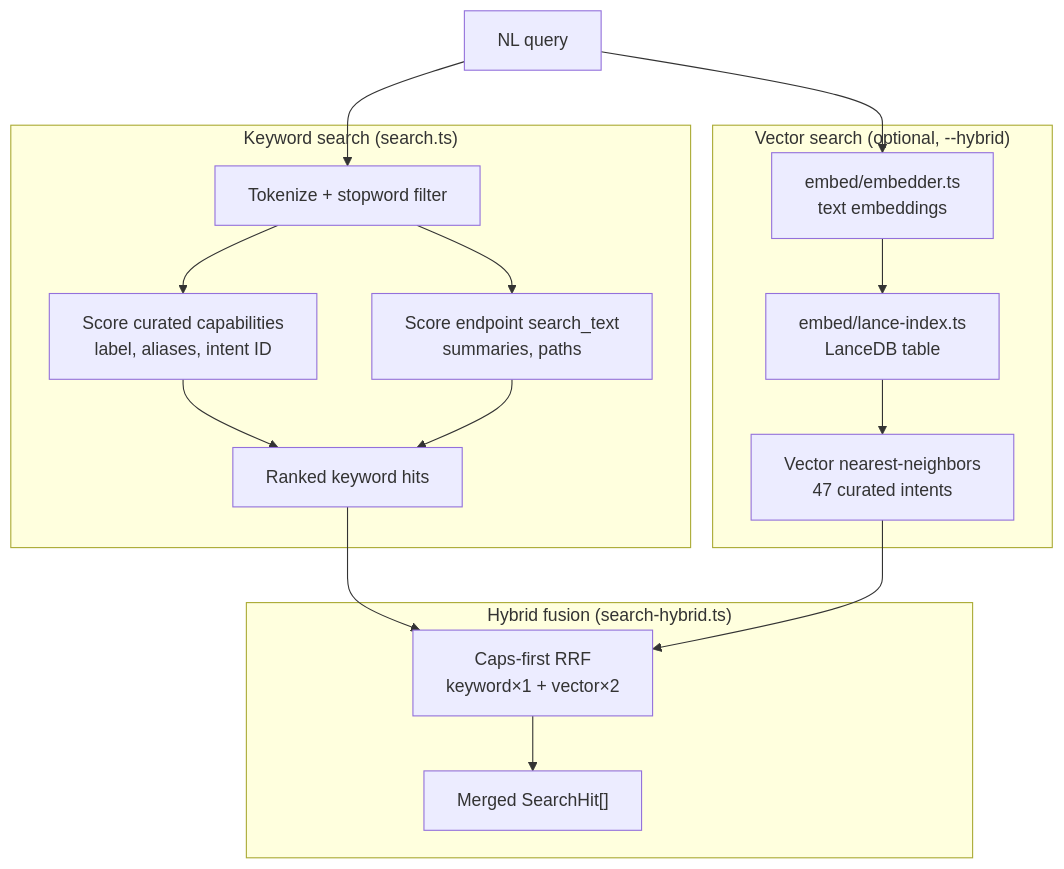
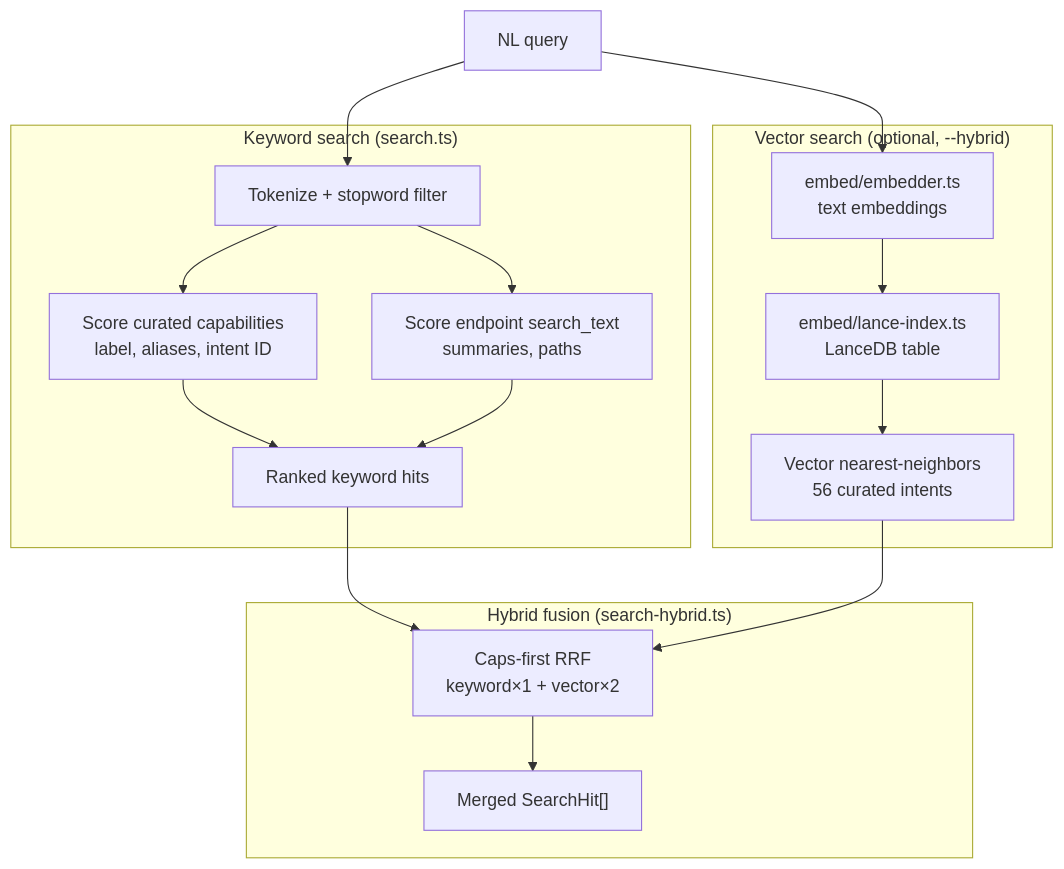
One commit to Syntalic/OASIS changed the third of 5 diagrams in ARCHITECTURE.md. Above: the diagram before and after it, drawn with Mermaid. The commit also changed other lines of this file and 3 other files, not shown here.

First line of the commit message:
docs: OpenAPI authoring best-practices + refresh ARCHITECTURE/README

````diff
--- a/ARCHITECTURE.md
+++ b/ARCHITECTURE.md
@@ -133,32 +118,32 @@
 ```mermaid
 flowchart TB
   Q["NL query"]
 
   subgraph keyword["Keyword search (search.ts)"]
     TOK["Tokenize + stopword filter"]
     CAPS["Score curated capabilities<br/>label, aliases, intent ID"]
     EPS["Score endpoint search_text<br/>summaries, paths"]
     KW["Ranked keyword hits"]
   end
 
   subgraph vector["Vector search (optional, --hybrid)"]
     EMB["embed/embedder.ts<br/>text embeddings"]
     LANCE["embed/lance-index.ts<br/>LanceDB table"]
-    VEC["Vector nearest-neighbors<br/>47 curated intents"]
+    VEC["Vector nearest-neighbors<br/>56 curated intents"]
   end
 
   subgraph fusion["Hybrid fusion (search-hybrid.ts)"]
     RRF["Caps-first RRF<br/>keyword×1 + vector×2"]
     OUT["Merged SearchHit[]"]
   end
 
   Q --> TOK
   TOK --> CAPS --> KW
   TOK --> EPS --> KW
 
   Q --> EMB --> LANCE --> VEC
 
   KW --> RRF
   VEC --> RRF
   RRF --> OUT
 ```
````
